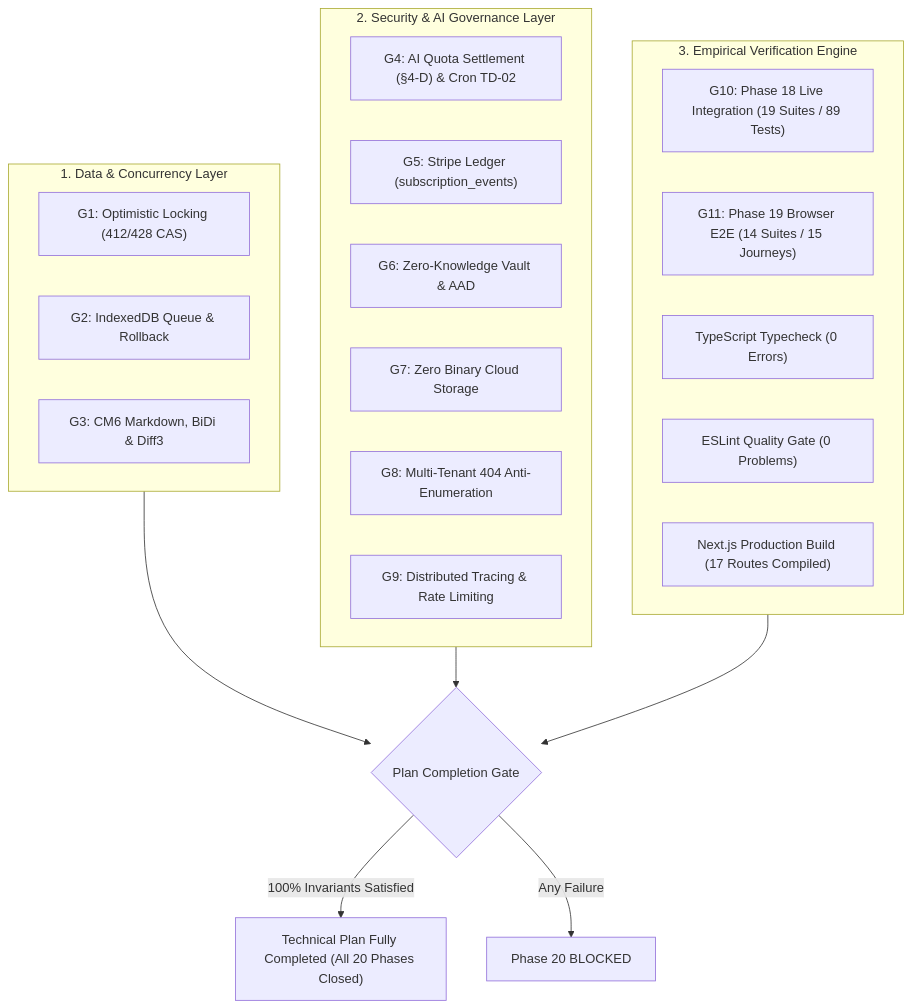
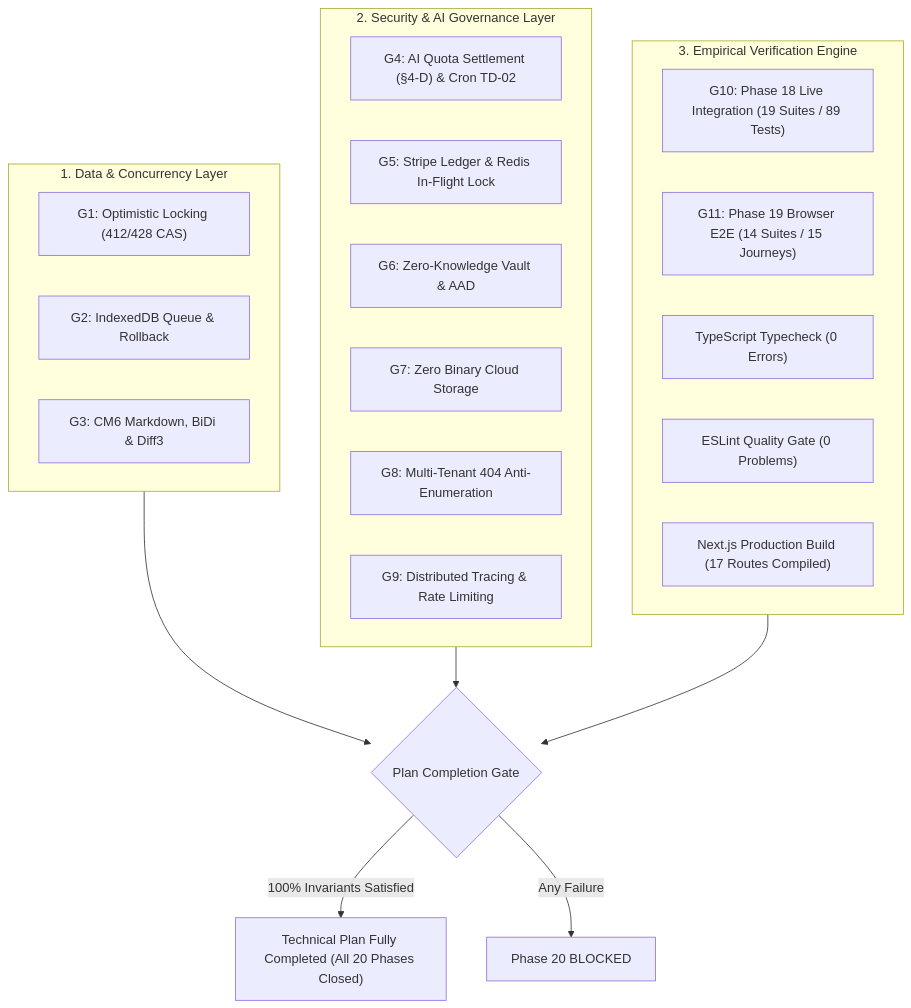
One commit to Abdullah931-stack/LUGX changed the first of 2 diagrams in docs/reference/phase-20-production-readiness-dossier.md. Above: the diagram before and after it, drawn with Mermaid. The commit also changed other lines of this file and 10 other files, not shown here.

First line of the commit message:
feat(stripe): implement distributed webhook in-flight lock, multi-tier deduplication, and bump to v1.30.0

````diff
--- a/docs/reference/phase-20-production-readiness-dossier.md
+++ b/docs/reference/phase-20-production-readiness-dossier.md
@@ -37,32 +37,32 @@
 ```mermaid
 graph TD
     subgraph DataAndSync["1. Data & Concurrency Layer"]
         G1["G1: Optimistic Locking (412/428 CAS)"]
         G2["G2: IndexedDB Queue & Rollback"]
         G3["G3: CM6 Markdown, BiDi & Diff3"]
     end
 
     subgraph SecurityAndAI["2. Security & AI Governance Layer"]
         G4["G4: AI Quota Settlement (§4-D) & Cron TD-02"]
-        G5["G5: Stripe Ledger (subscription_events)"]
+        G5["G5: Stripe Ledger & Redis In-Flight Lock"]
         G6["G6: Zero-Knowledge Vault & AAD"]
         G7["G7: Zero Binary Cloud Storage"]
         G8["G8: Multi-Tenant 404 Anti-Enumeration"]
         G9["G9: Distributed Tracing & Rate Limiting"]
     end
 
     subgraph VerificationEngine["3. Empirical Verification Engine"]
         G10["G10: Phase 18 Live Integration (19 Suites / 89 Tests)"]
         G11["G11: Phase 19 Browser E2E (14 Suites / 15 Journeys)"]
         TSC["TypeScript Typecheck (0 Errors)"]
         LINT["ESLint Quality Gate (0 Problems)"]
         BUILD["Next.js Production Build (17 Routes Compiled)"]
     end
 
     DataAndSync --> PlanCompletionGate{"Plan Completion Gate"}
     SecurityAndAI --> PlanCompletionGate
     VerificationEngine --> PlanCompletionGate
 
     PlanCompletionGate -->|100% Invariants Satisfied| PlanCompleted["Technical Plan Fully Completed (All 20 Phases Closed)"]
     PlanCompletionGate -->|Any Failure| PlanBlocked["Phase 20 BLOCKED"]
 ```
````
